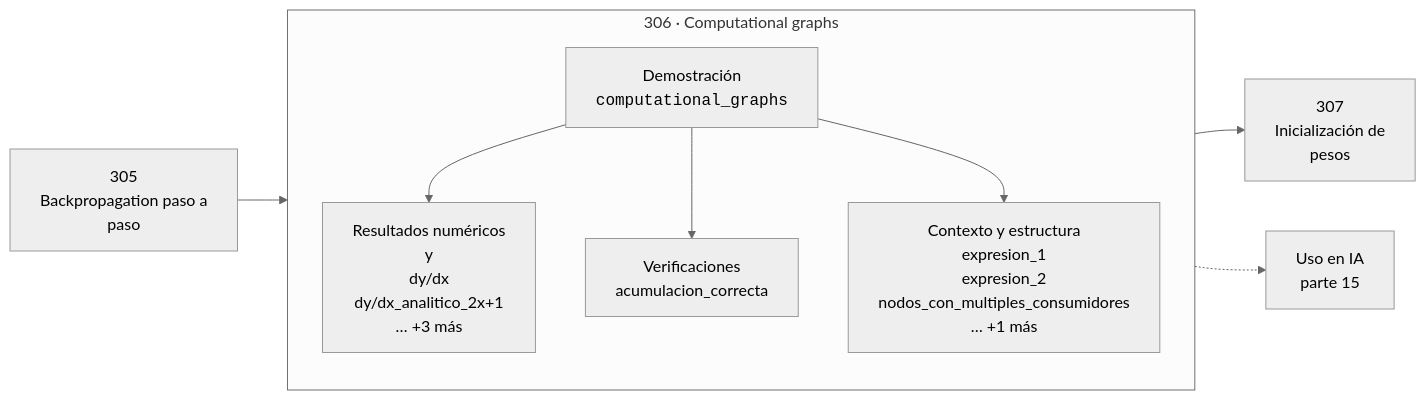
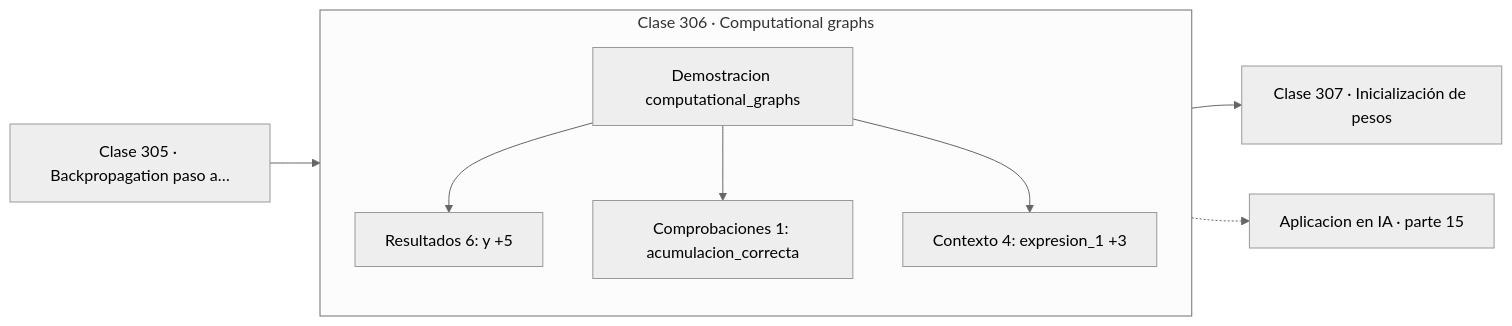
Before and after one commit to vladimiracunadev-create/computational-mathematics-program: the diagram in classes/part-15-matematica-de-deep-learning/306-computational-graphs/README.md, drawn with Mermaid (neutral theme). The commit also changed 389 other files, not shown here.

First line of the commit message:
fix(diagramas): elimina el HTML de las etiquetas Mermaid

````diff
--- a/classes/part-15-matematica-de-deep-learning/306-computational-graphs/README.md
+++ b/classes/part-15-matematica-de-deep-learning/306-computational-graphs/README.md
@@ -30,12 +30,13 @@
 ```mermaid
 flowchart LR
-    P["305<br/>Backpropagation paso a<br/>paso"] --> C
-    subgraph C["306 · Computational graphs"]
+    P["Clase 305 · Backpropagation paso a…"] --> D
+    subgraph CLASE["Clase 306 · Computational graphs"]
         direction TB
-        D["Demostración<br/><code>computational_graphs</code>"] --> R["Resultados numéricos<br/>y<br/>dy/dx<br/>dy/dx_analitico_2x+1<br/>… +3 más"]
-        D --> V["Verificaciones<br/>acumulacion_correcta"]
-        D --> O["Contexto y estructura<br/>expresion_1<br/>expresion_2<br/>nodos_con_multiples_consumidores<br/>… +1 más"]
+        D["Demostracion computational_graphs"]
+        D --> R["Resultados 6: y +5"]
+        D --> V["Comprobaciones 1: acumulacion_correcta"]
+        D --> O["Contexto 4: expresion_1 +3"]
     end
-    C --> N["307<br/>Inicialización de<br/>pesos"]
-    C -.-> IA["Uso en IA<br/>parte 15"]
+    R --> N["Clase 307 · Inicialización de pesos"]
+    V -.-> IA["Aplicacion en IA · parte 15"]
 ```
````
